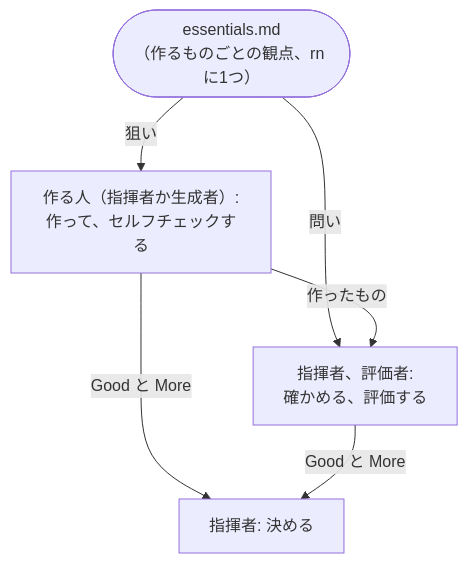
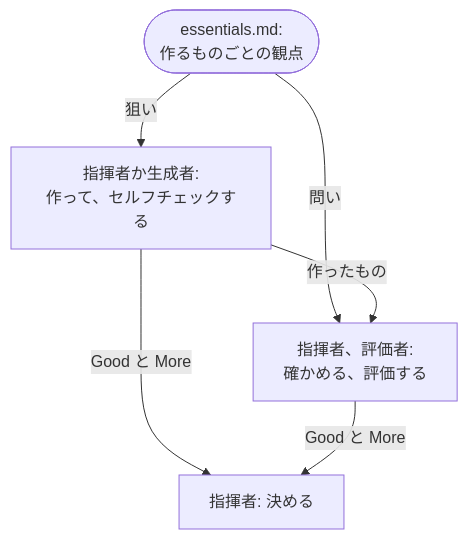
Before and after one commit to lovaizu/ccpm: the first of 5 diagrams in rn/docs/design.md, drawn with Mermaid. The commit also changed other lines of this file, not shown here.

Commit message:
docs(rn): design.md — no parentheses: diagram labels as name and what it is, the field list left to the steering template

````diff
--- a/rn/docs/design.md
+++ b/rn/docs/design.md
@@ -11,12 +11,12 @@
 ```mermaid
 flowchart TD
-    E(["essentials.md<br/>（作るものごとの観点、rn に1つ）"])
-    M["作る人（指揮者か生成者）:<br/>作って、セルフチェックする"]
+    E(["essentials.md:<br/>作るものごとの観点"])
+    M["指揮者か生成者:<br/>作って、セルフチェックする"]
     V["指揮者、評価者:<br/>確かめる、評価する"]
     C["指揮者: 決める"]
     E -->|"狙い"| M
     E -->|"問い"| V
     M -->|"作ったもの"| V
     M -->|"Good と More"| C
     V -->|"Good と More"| C
 ```
````
